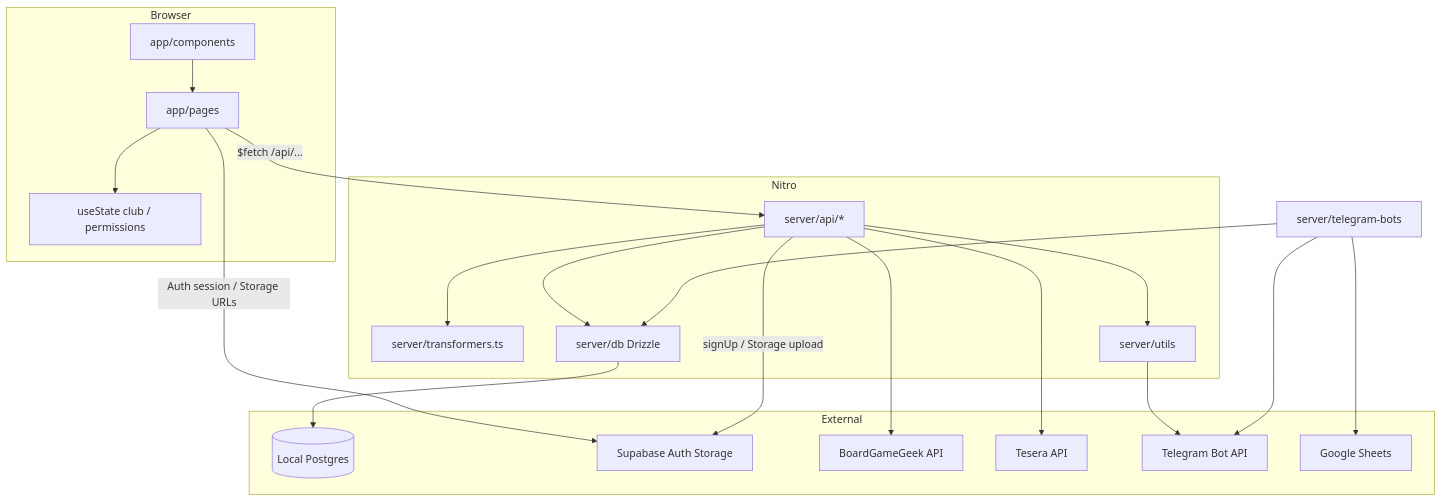
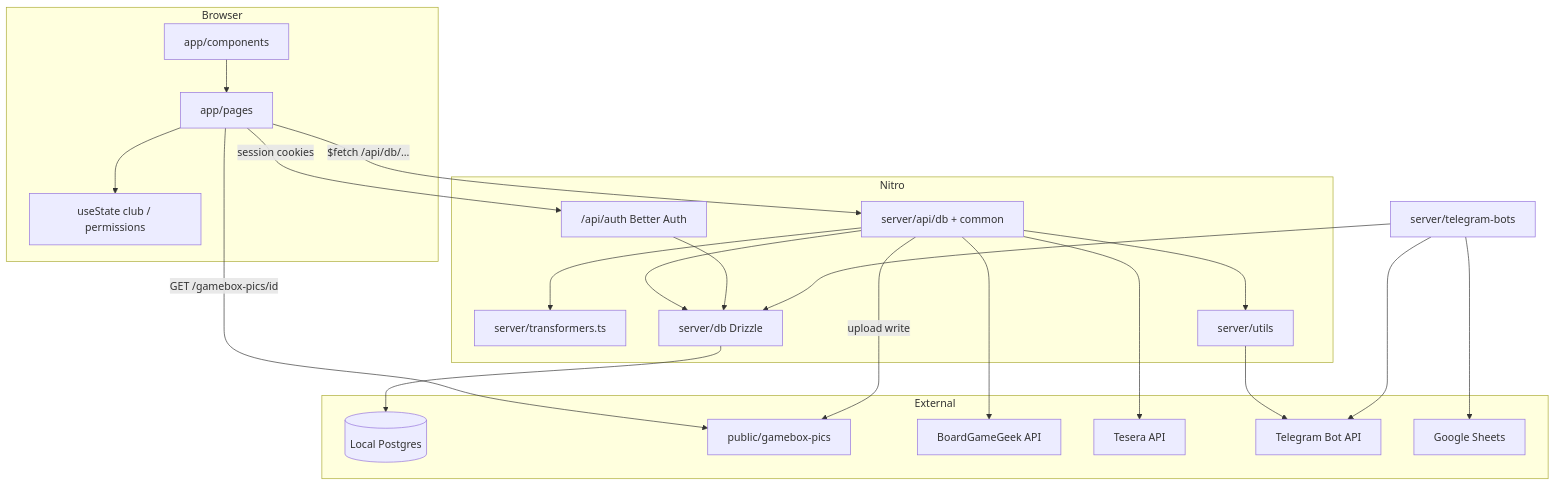
One commit to Tirvy/cartonium changed the diagram in docs/architecture.md. Above: the diagram before and after it, drawn with Mermaid. The commit also changed other lines of this file and 103 other files, not shown here.

First line of the commit message:
Replace Supabase Auth/Storage with Better Auth and local gamebox pics.

````diff
--- a/docs/architecture.md
+++ b/docs/architecture.md
@@ -7,40 +7,43 @@
 ```mermaid
 flowchart TB
   subgraph client [Browser]
     Pages[app/pages]
     Comp[app/components]
     Comp --> Pages
     State["useState club / permissions"]
     Pages --> State
   end
 
   subgraph nitro [Nitro]
-    API["server/api/*"]
+    API["server/api/db + common"]
+    AuthAPI["/api/auth Better Auth"]
     XF[server/transformers.ts]
     DB["server/db Drizzle"]
     Utils[server/utils]
     API --> XF
     API --> DB
+    AuthAPI --> DB
     API --> Utils
   end
 
   subgraph external [External]
     PG[(Local Postgres)]
-    SB[Supabase Auth Storage]
+    Static[public/gamebox-pics]
     BGG[BoardGameGeek API]
     Tesera[Tesera API]
     TG[Telegram Bot API]
     Sheets[Google Sheets]
   end
 
-  Pages -->|"$fetch /api/..."| API
-  Pages -->|"Auth session / Storage URLs"| SB
+  Pages -->|"$fetch /api/db/..."| API
+  Pages -->|"session cookies"| AuthAPI
+  Pages -->|"GET /gamebox-pics/id"| Static
   DB --> PG
-  API -->|"signUp / Storage upload"| SB
+  API -->|"upload write"| Static
   API --> BGG
   API --> Tesera
   Utils --> TG
   Bots[server/telegram-bots] --> TG
   Bots --> Sheets
   Bots --> DB
 ```
````
